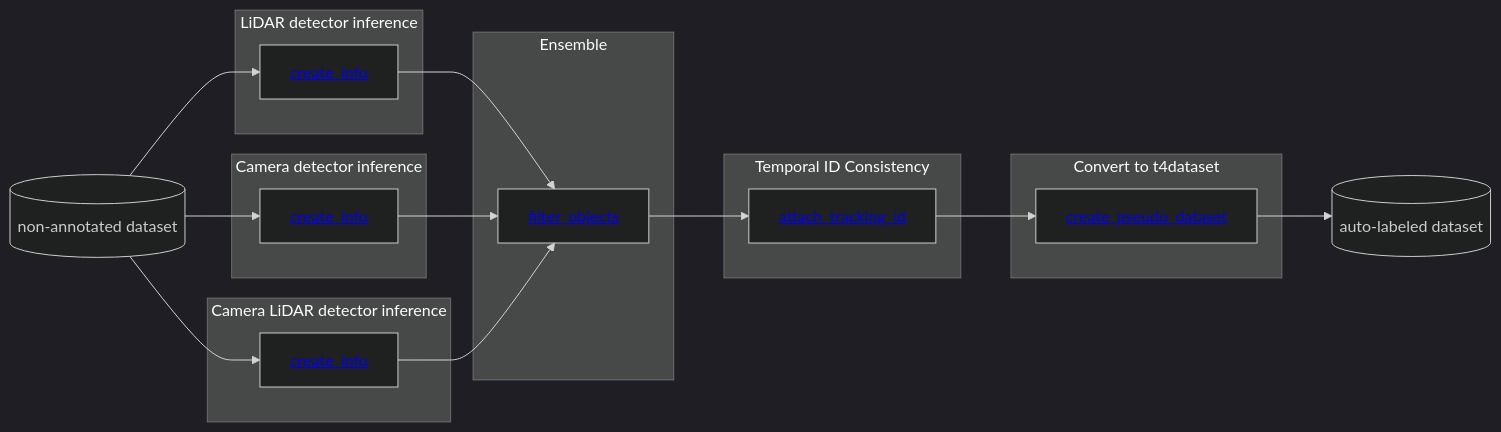
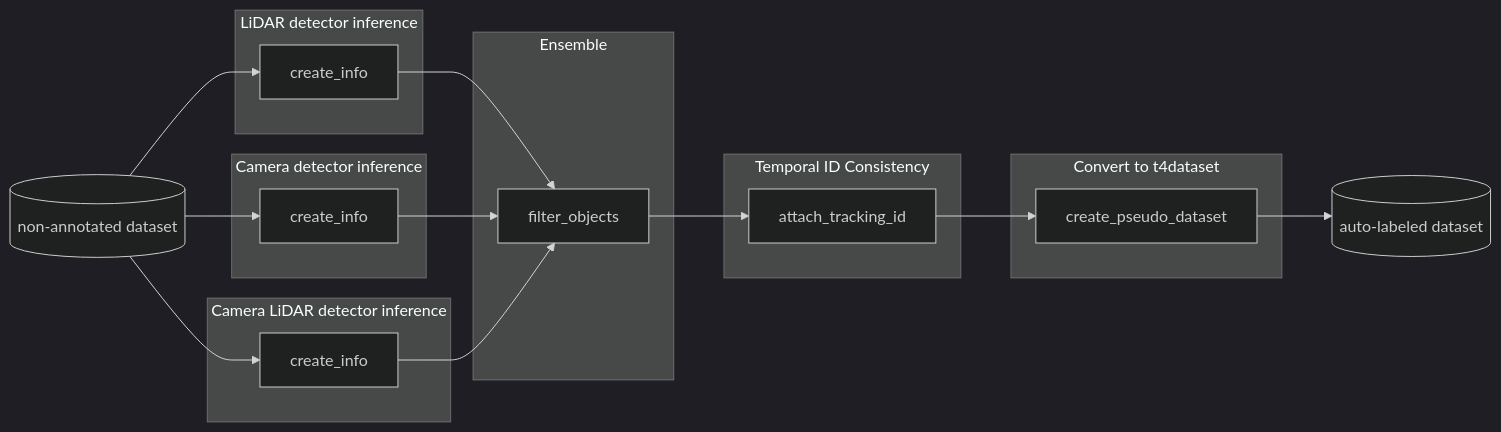
The diagram in tools/auto_labeling_3d/README.md (tier4/AWML), drawn with Mermaid (dark theme) before and after one commit.

Commit message:
docs(auto_labeling_3d): change the relative link to the link in GitHub

````diff
--- a/tools/auto_labeling_3d/README.md
+++ b/tools/auto_labeling_3d/README.md
@@ -7,42 +7,49 @@
 ```mermaid
 graph LR
     NADATA[(non-annotated dataset)]
 
     subgraph "LiDAR detector inference"
-        INFERENCE_A[<a href='#2-create-info-file-from-non-annotated-t4dataset'>create_info</a>]
+        INFERENCE_A[create_info]
     end
 
     subgraph "Camera detector inference"
-        INFERENCE_B[<a href='#2-create-info-file-from-non-annotated-t4dataset'>create_info</a>]
+        INFERENCE_B[create_info]
     end
 
     subgraph "Camera LiDAR detector inference"
-        INFERENCE_C[<a href='#2-create-info-file-from-non-annotated-t4dataset'>create_info</a>]
+        INFERENCE_C[create_info]
     end
 
     subgraph "Ensemble"
-        ENSEMBLE[<a href='#3-filter-objects-which-do-not-use-for-pseudo-t4dataset'>filter_objects</a>]
+        ENSEMBLE[filter_objects]
     end
 
     subgraph "Temporal ID Consistency"
-        TRACKING[<a href='#4-attach-tracking-id-to-info-file'>attach_tracking_id</a>]
+        TRACKING[attach_tracking_id]
     end
 
     subgraph "Convert to t4dataset"
-        CONVERT[<a href='#5-create-pseudo-t4dataset'>create_pseudo_dataset</a>]
+        CONVERT[create_pseudo_dataset]
     end
 
     DATA[(auto-labeled dataset)]
 
     NADATA --> INFERENCE_A
     NADATA --> INFERENCE_B
     NADATA --> INFERENCE_C
 
     INFERENCE_A --> ENSEMBLE
     INFERENCE_B --> ENSEMBLE
     INFERENCE_C --> ENSEMBLE
     
     ENSEMBLE --> TRACKING
     TRACKING --> CONVERT
     CONVERT --> DATA
+
+    click INFERENCE_A "https://github.com/tier4/AWML/tree/main/tools/auto_labeling_3d#2-create-info-file-from-non-annotated-t4dataset"
+    click INFERENCE_B "https://github.com/tier4/AWML/tree/main/tools/auto_labeling_3d#2-create-info-file-from-non-annotated-t4dataset"
+    click INFERENCE_C "https://github.com/tier4/AWML/tree/main/tools/auto_labeling_3d#2-create-info-file-from-non-annotated-t4dataset"
+    click ENSEMBLE "https://github.com/tier4/AWML/tree/main/tools/auto_labeling_3d#3-filter-objects-which-do-not-use-for-pseudo-t4dataset"
+    click TRACKING "https://github.com/tier4/AWML/tree/main/tools/auto_labeling_3d#4-attach-tracking-id-to-info-file"
+    click CONVERT "https://github.com/tier4/AWML/tree/main/tools/auto_labeling_3d#5-create-pseudo-t4dataset"
 ```
````
